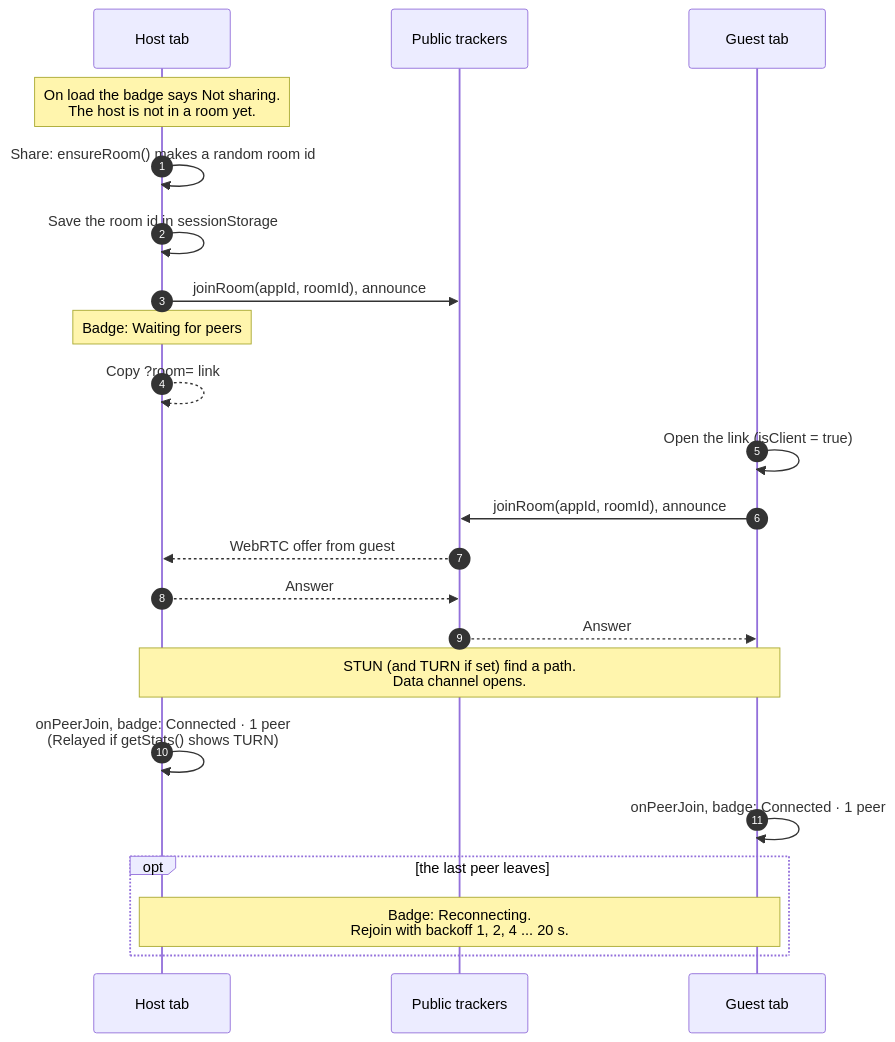
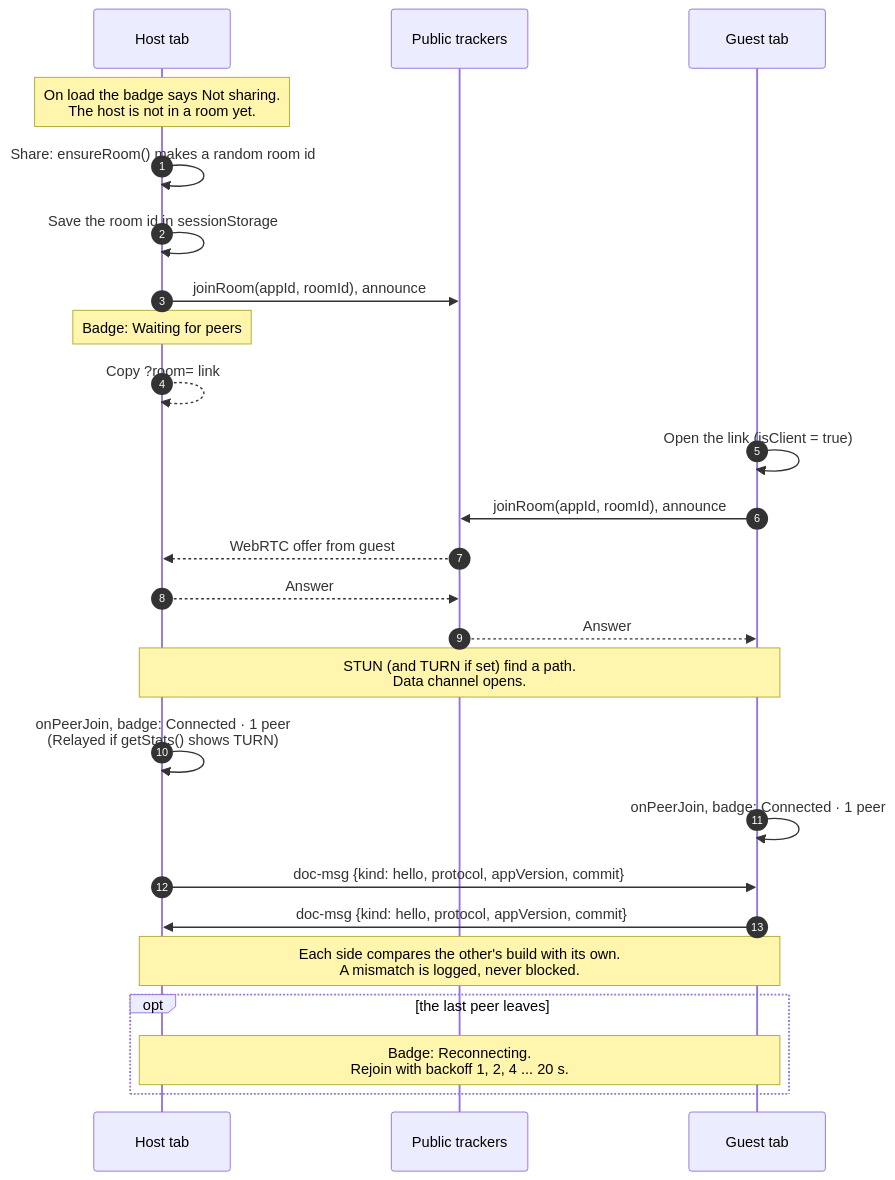
The first of 4 diagrams in docs/protocol.md (PrestonHager/LaTeXCollaborativeEditor), drawn with Mermaid before and after one commit. The commit also changed other lines of this file and 31 other files, not shown here.

First line of the commit message:
Adopt version numbers: show them in the app and add a release workflow

````diff
--- a/docs/protocol.md
+++ b/docs/protocol.md
@@ -108,25 +122,28 @@
 ```mermaid
 sequenceDiagram
     autonumber
     participant H as Host tab
     participant T as Public trackers
     participant G as Guest tab
 
     Note over H: On load the badge says Not sharing.<br/>The host is not in a room yet.
     H->>H: Share: ensureRoom() makes a random room id
     H->>H: Save the room id in sessionStorage
     H->>T: joinRoom(appId, roomId), announce
     Note over H: Badge: Waiting for peers
     H-->>H: Copy ?room= link
     G->>G: Open the link (isClient = true)
     G->>T: joinRoom(appId, roomId), announce
     T-->>H: WebRTC offer from guest
     H-->>T: Answer
     T-->>G: Answer
     Note over H,G: STUN (and TURN if set) find a path.<br/>Data channel opens.
     H->>H: onPeerJoin, badge: Connected · 1 peer<br/>(Relayed if getStats() shows TURN)
     G->>G: onPeerJoin, badge: Connected · 1 peer
+    H->>G: doc-msg {kind: hello, protocol, appVersion, commit}
+    G->>H: doc-msg {kind: hello, protocol, appVersion, commit}
+    Note over H,G: Each side compares the other's build with its own.<br/>A mismatch is logged, never blocked.
     opt the last peer leaves
         Note over H,G: Badge: Reconnecting.<br/>Rejoin with backoff 1, 2, 4 ... 20 s.
     end
 ```
````
